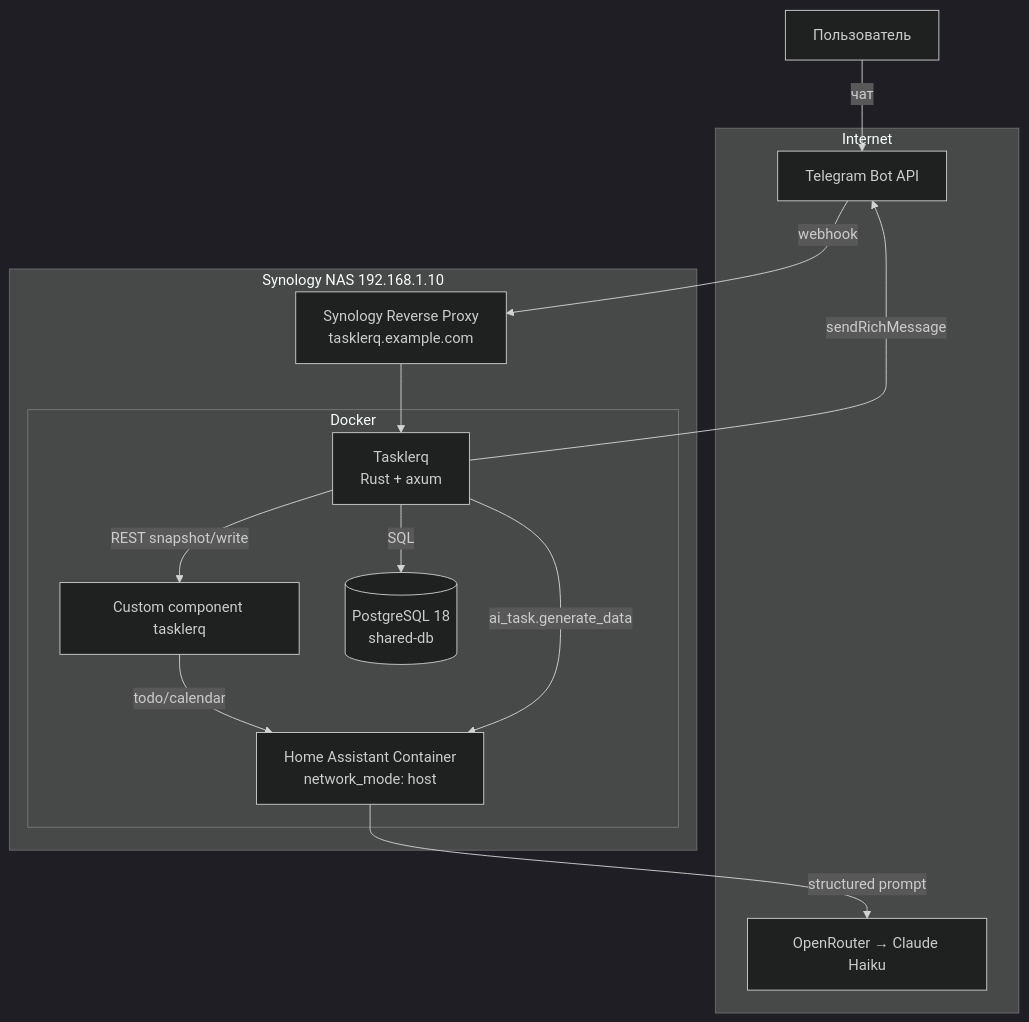
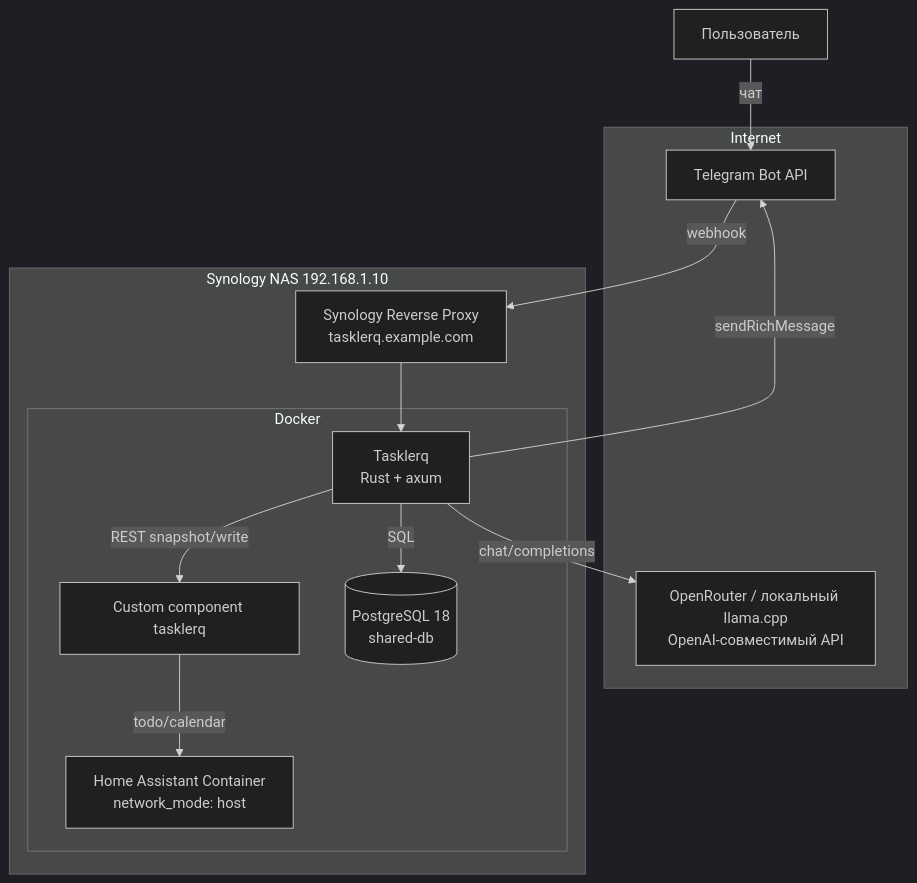
One commit to StellaLupus/tasklerq changed the first of 7 diagrams in docs/architecture.md. Above: the diagram before and after it, drawn with Mermaid (dark theme). The commit also changed other lines of this file and 9 other files, not shown here.

````diff
--- a/docs/architecture.md
+++ b/docs/architecture.md
@@ -37,26 +39,25 @@
 ```mermaid
 flowchart TB
     subgraph Internet
         TG[Telegram Bot API]
-        GEM[OpenRouter → Claude Haiku]
+        LLM[OpenRouter / локальный llama.cpp<br/>OpenAI-совместимый API]
     end
 
     subgraph Host["Synology NAS 192.168.1.10"]
         RP[Synology Reverse Proxy<br/>tasklerq.example.com]
         subgraph Docker["Docker"]
             APP[Tasklerq<br/>Rust + axum]
             HA[Home Assistant Container<br/>network_mode: host]
             HAC[Custom component tasklerq]
             DB[(PostgreSQL 18<br/>shared-db)]
         end
     end
 
     U[Пользователь] -->|чат| TG
     TG -->|webhook| RP --> APP
     APP -->|sendRichMessage| TG
     APP -->|REST snapshot/write| HAC
     HAC -->|todo/calendar| HA
-    APP -->|ai_task.generate_data| HA
-    HA -->|structured prompt| GEM
+    APP -->|chat/completions| LLM
     APP -->|SQL| DB
 ```
````
